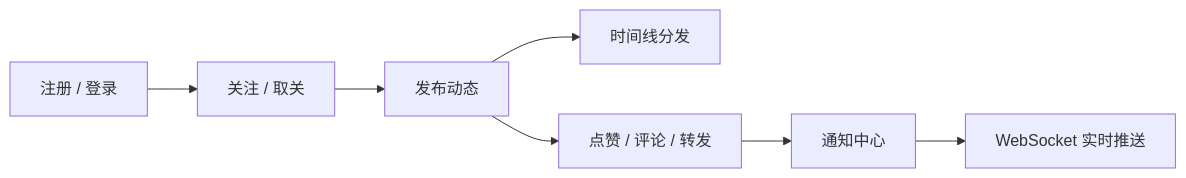
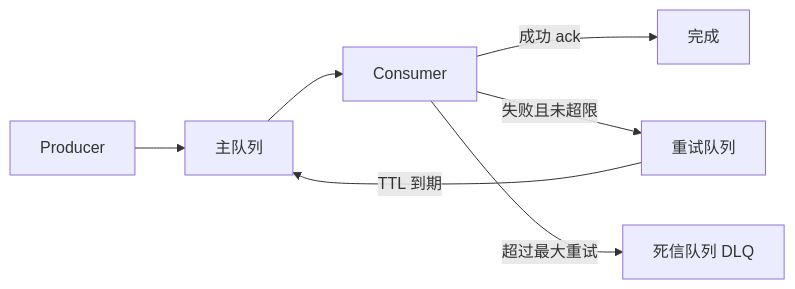
The sixth of 6 diagrams in README.md (hzEnv71/feedlink), drawn with Mermaid before and after one commit. The commit also changed other lines of this file and 36 other files, not shown here.

````diff
--- a/README.md
+++ b/README.md
@@ -178,9 +235,9 @@
 ```mermaid
 flowchart LR
-    A[注册 / 登录] --> B[关注 / 取关]
-    B --> C[发布动态]
-    C --> D[时间线分发]
-    C --> E[点赞 / 评论 / 转发]
-    E --> F[通知中心]
-    F --> G[WebSocket 实时推送]
+    P[Producer] --> M[主队列]
+    M --> C[Consumer]
+    C -->|成功 ack| OK[完成]
+    C -->|失败且未超限| R[重试队列]
+    R -->|TTL 到期| M
+    C -->|超过最大重试| D[死信队列 DLQ]
 ```
````
